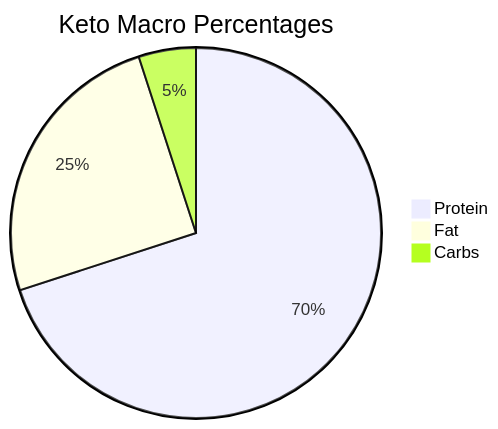
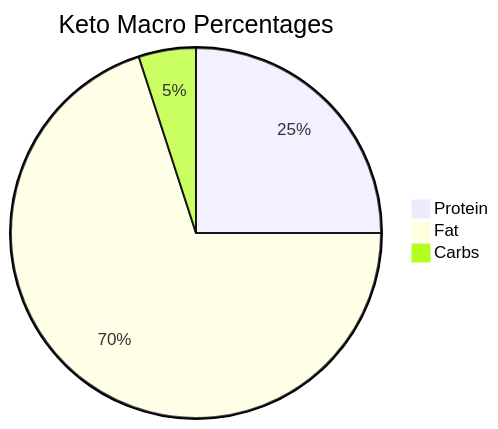
The first of 2 diagrams in david-figueroa.md (WildCodeSchool/2023-01-EN-Berlin-Remote2-Markdown), drawn with Mermaid before and after one commit.

````diff
--- a/david-figueroa.md
+++ b/david-figueroa.md
@@ -30,6 +30,6 @@
 ```mermaid
 pie title Keto Macro Percentages
-    "Protein" : 70
-    "Fat" : 25
+    "Protein" : 25
+    "Fat" : 70
     "Carbs" : 5
 ```
````
